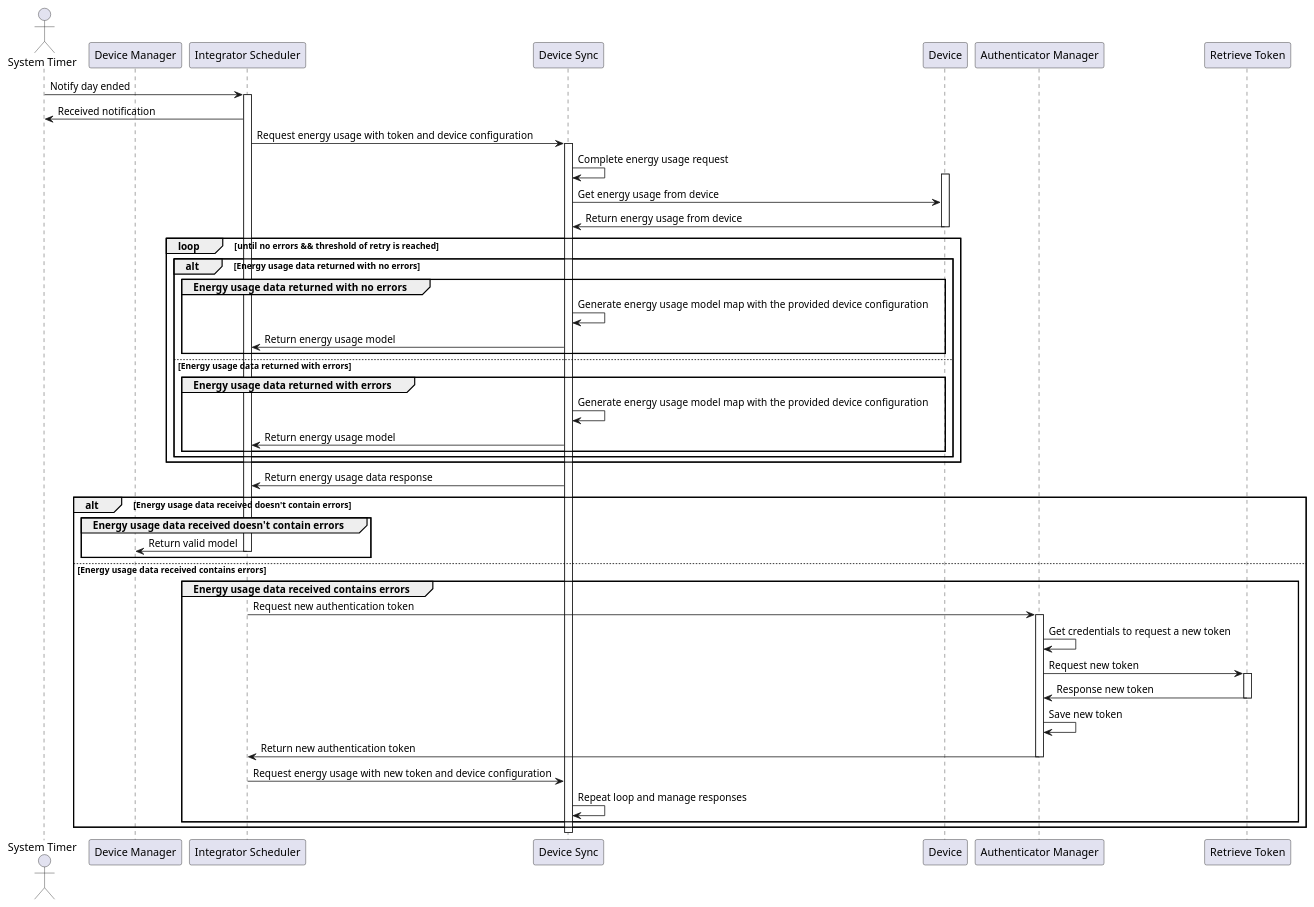
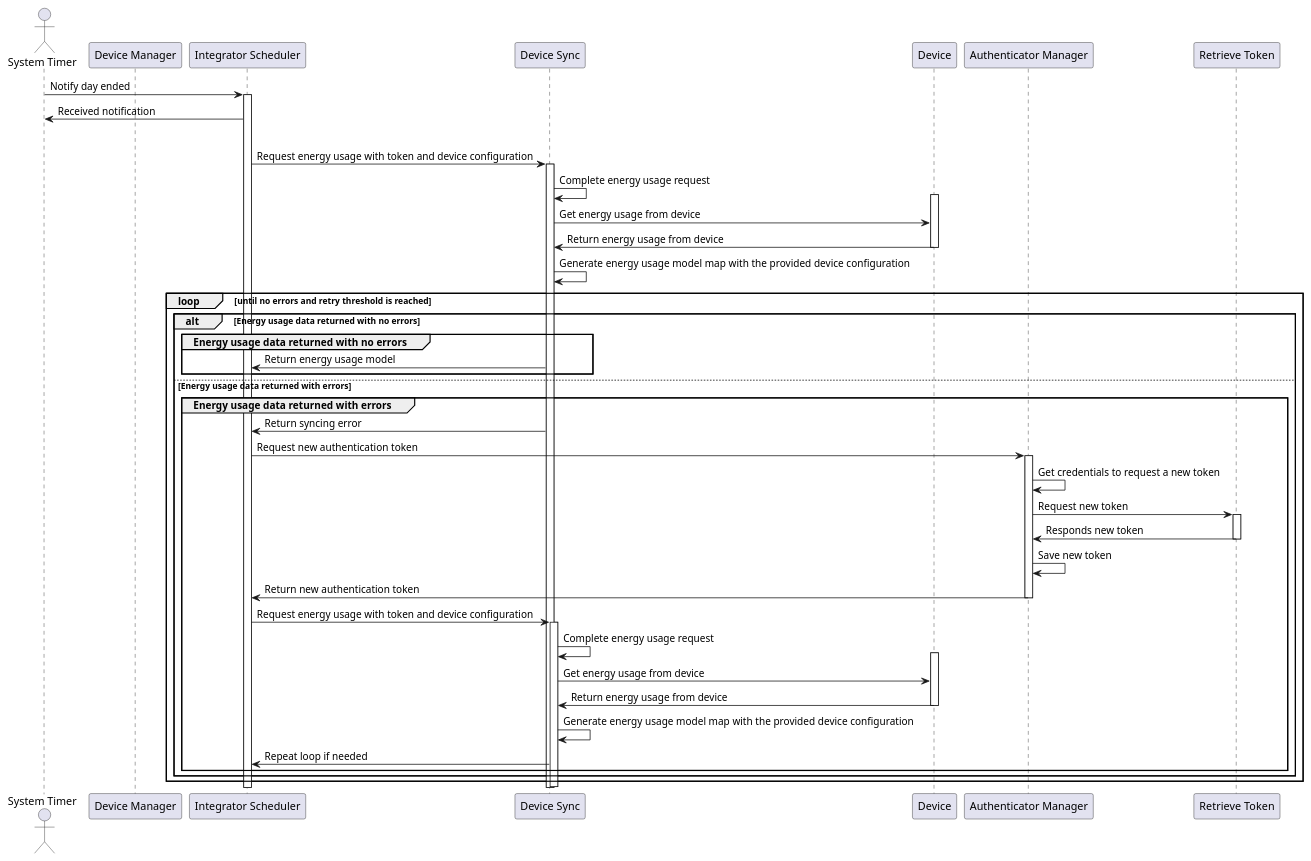
The diagram in Diagramas/sequence4.plantuml (dperez2023/tfm_text), drawn with PlantUML before and after one commit.

Commit message:
Actualizar sequence4.plantuml

```diff
--- a/Diagramas/sequence4.plantuml
+++ b/Diagramas/sequence4.plantuml
@@ -1,63 +1,58 @@
 @startuml
 actor "System Timer" as Timer
 participant "Device Manager" as DM
 participant "Integrator Scheduler" as IS
 participant "Device Sync" as DS
 participant "Device" as D
 participant "Authenticator Manager" as AM
 participant "Retrieve Token" as RT
 
 Timer -> IS: Notify day ended
 activate IS
 IS -> Timer: Received notification
-IS -> DS: Request energy usage with token and device configuration
-activate DS
-DS -> DS: Complete energy usage request
-activate D
-DS -> D: Get energy usage from device
-D -> DS: Return energy usage from device
-deactivate D
 
-loop until no errors && threshold of retry is reached
+group "Request energy usage to Device Sync"
+    IS -> DS: Request energy usage with token and device configuration
+    activate DS
+    DS -> DS: Complete energy usage request
+    activate D
+    DS -> D: Get energy usage from device
+    D -> DS: Return energy usage from device
+    deactivate D
+    DS -> DS: Generate energy usage model map with the provided device configuration
+
+loop until no errors and retry threshold is reached
 alt Energy usage data returned with no errors
     group Energy usage data returned with no errors
-        DS -> DS: Generate energy usage model map with the provided device configuration
         DS -> IS: Return energy usage model
     end
 
 else Energy usage data returned with errors
      group Energy usage data returned with errors
+        DS -> IS: Return syncing error
+        IS -> AM: Request new authentication token
+        activate AM
+        AM -> AM: Get credentials to request a new token
+        AM -> RT: Request new token
+        activate RT
+        RT -> AM: Responds new token
+        deactivate RT
+        AM -> AM: Save new token
+        AM -> IS: Return new authentication token
+        deactivate AM
+        IS -> DS: Request energy usage with token and device configuration
+        activate DS
+        DS -> DS: Complete energy usage request
+        activate D
+        DS -> D: Get energy usage from device
+        D -> DS: Return energy usage from device
+        deactivate D
         DS -> DS: Generate energy usage model map with the provided device configuration
-        DS -> IS: Return energy usage model
+        DS -> IS: Repeat loop if needed
      end
 end
 
 end loop
 
-DS -> IS: Return energy usage data response
-
-alt Energy usage data received doesn't contain errors
-    group Energy usage data received doesn't contain errors
-        IS -> DM: Return valid model
-        deactivate IS
-    end
-
-else Energy usage data received contains errors
-     group Energy usage data received contains errors
-        IS -> AM: Request new authentication token
-        activate AM
-        AM -> AM: Get credentials to request a new token
-        AM -> RT: Request new token
-        activate RT
-        RT -> AM: Response new token
-        deactivate RT
-        AM -> AM: Save new token
-        AM -> IS: Return new authentication token
-        deactivate AM
-        IS -> DS: Request energy usage with new token and device configuration
-        DS -> DS: Repeat loop and manage responses
-     end
-end
-
 deactivate DS
 @enduml
```
